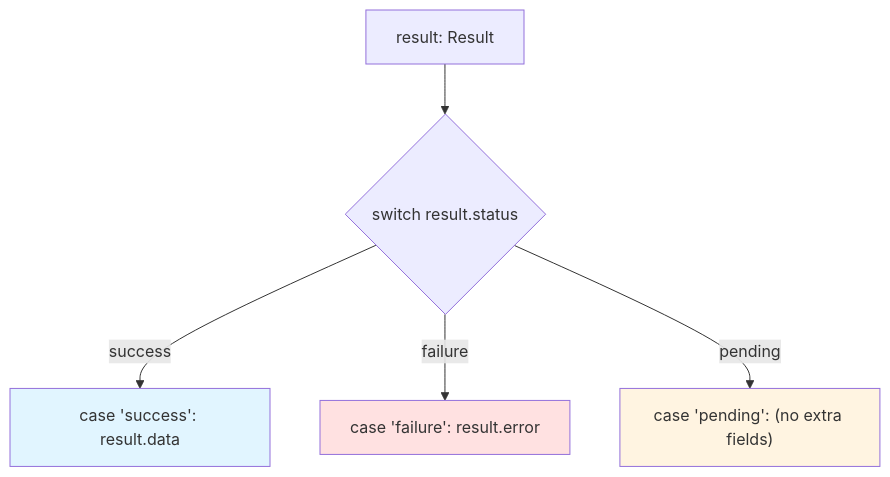
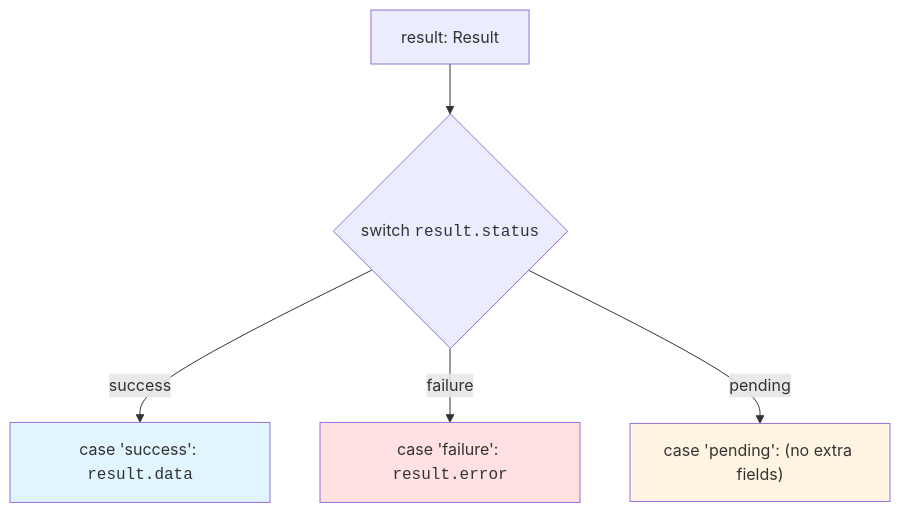
One commit to dataslope/dataslope changed the diagram in content/learn/typescript-from-scratch/type-narrowing.mdx. Above: the diagram before and after it, drawn with Mermaid. The commit also changed 218 other files, not shown here.

First line of the commit message:
Render code-only mermaid shapes in monospace; convert step sequences to Steps (#467)

````diff
--- a/content/learn/typescript-from-scratch/type-narrowing.mdx
+++ b/content/learn/typescript-from-scratch/type-narrowing.mdx
@@ -272,17 +272,17 @@
 ```mermaid
 graph TD
     Start["result: Result"]
-    CheckStatus{"switch result.status"}
-    Success["case 'success': result.data"]
-    Failure["case 'failure': result.error"]
+    CheckStatus{"switch <code>result.status</code>"}
+    Success["case 'success': <code>result.data</code>"]
+    Failure["case 'failure': <code>result.error</code>"]
     Pending["case 'pending': (no extra fields)"]
     
     Start --> CheckStatus
     CheckStatus -->|"success"| Success
     CheckStatus -->|"failure"| Failure
     CheckStatus -->|"pending"| Pending
     
     style Success fill:#e1f5ff
     style Failure fill:#ffe1e1
     style Pending fill:#fff4e1
 ```
````
